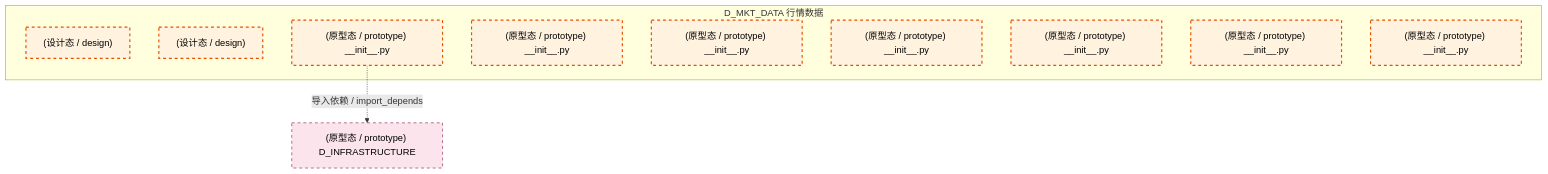
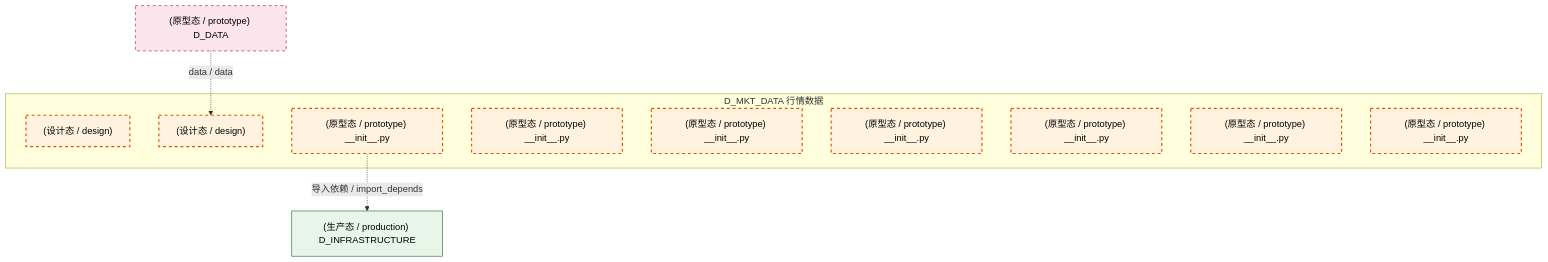
The first of 4 diagrams in docs/02_enterprise_architecture/02_domain_architecture_docs/20_d_mkt_data.md (xuanFelixVan/ZephyrAlpha), drawn with Mermaid before and after one commit. The commit also changed other lines of this file and 85 other files, not shown here.

````diff
--- a/docs/02_enterprise_architecture/02_domain_architecture_docs/20_d_mkt_data.md
+++ b/docs/02_enterprise_architecture/02_domain_architecture_docs/20_d_mkt_data.md
@@ -72,22 +72,25 @@
 ```mermaid
 graph TD
     subgraph D_MKT_DATA["D_MKT_DATA 行情数据"]
         docs_03_modules_cross_layer_database_sub_blueprints_c1_market_clickhouse_md["(设计态 / design) "]
         docs_03_modules_domain_data_data_source_operation_manual_md["(设计态 / design) "]
         src_zephyr_market_data_init_py["(原型态 / prototype) __init__.py"]
         src_zephyr_market_data_extensions_init_py["(原型态 / prototype) __init__.py"]
         src_zephyr_market_data_api_init_py["(原型态 / prototype) __init__.py"]
         src_zephyr_market_data_core_init_py["(原型态 / prototype) __init__.py"]
         src_zephyr_market_data_infrastructure_init_py["(原型态 / prototype) __init__.py"]
         src_zephyr_market_data_models_init_py["(原型态 / prototype) __init__.py"]
         src_zephyr_market_data_services_init_py["(原型态 / prototype) __init__.py"]
     end
-    D_INFRASTRUCTURE["(原型态 / prototype) D_INFRASTRUCTURE"]
+    D_INFRASTRUCTURE["(生产态 / production) D_INFRASTRUCTURE"]
     src_zephyr_market_data_init_py -.->|导入依赖 / import_depends| D_INFRASTRUCTURE
+    D_DATA["(原型态 / prototype) D_DATA"]
+    D_DATA -.->|data / data| docs_03_modules_domain_data_data_source_operation_manual_md
     classDef production fill:#e1f5fe,stroke:#01579b,stroke-width:2px,color:#000
     classDef design fill:#fff3e0,stroke:#e65100,stroke-width:2px,color:#000,stroke-dasharray: 5 5
     classDef external_prod fill:#e8f5e9,stroke:#1b5e20,stroke-width:1px,color:#000
     classDef external_design fill:#fce4ec,stroke:#880e4f,stroke-width:1px,color:#000,stroke-dasharray: 5 5
     class docs_03_modules_cross_layer_database_sub_blueprints_c1_market_clickhouse_md,docs_03_modules_domain_data_data_source_operation_manual_md,src_zephyr_market_data_init_py,src_zephyr_market_data_extensions_init_py,src_zephyr_market_data_api_init_py,src_zephyr_market_data_core_init_py,src_zephyr_market_data_infrastructure_init_py,src_zephyr_market_data_models_init_py,src_zephyr_market_data_services_init_py design
-    class D_INFRASTRUCTURE external_design
+    class D_INFRASTRUCTURE external_prod
+    class D_DATA external_design
 ```
````
